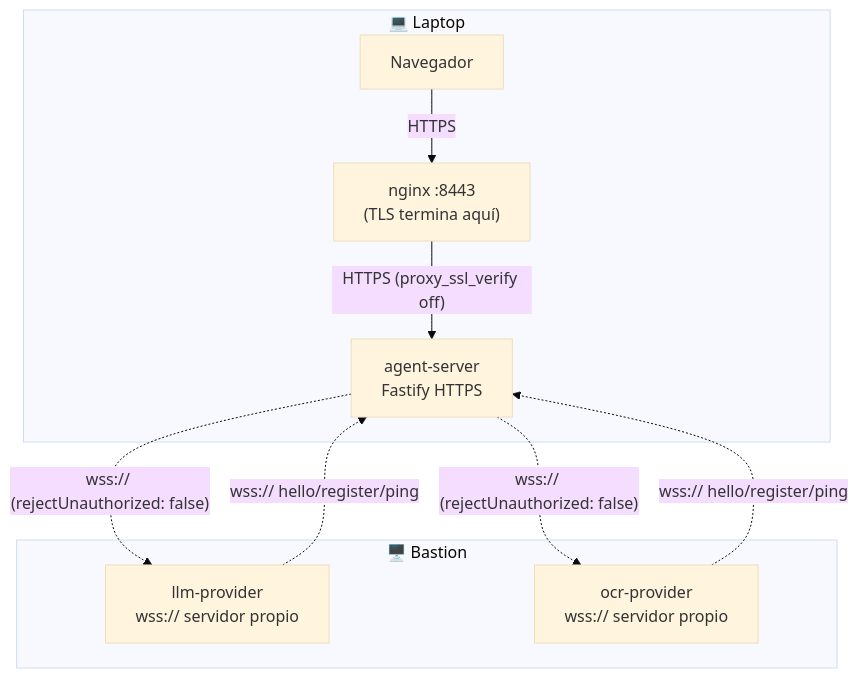
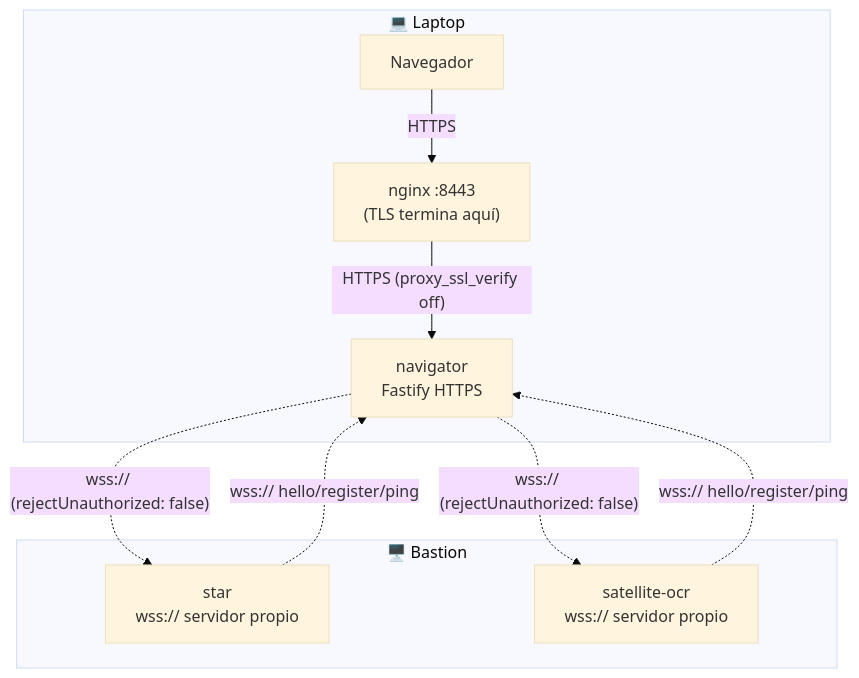
Before and after one commit to rafex/galaxIA: the diagram in docs/tls-autofirmado.md, drawn with Mermaid (base theme). The commit also changed other lines of this file and 126 other files, not shown here.

````diff
--- a/docs/tls-autofirmado.md
+++ b/docs/tls-autofirmado.md
@@ -9,20 +9,20 @@
 ```mermaid
 flowchart TB
     subgraph Laptop["💻 Laptop"]
         Browser["Navegador"]
         Nginx["nginx :8443<br/>(TLS termina aquí)"]
-        Agent["agent-server<br/>Fastify HTTPS"]
+        Agent["navigator<br/>Fastify HTTPS"]
         Browser -->|"HTTPS"| Nginx
         Nginx -->|"HTTPS (proxy_ssl_verify off)"| Agent
     end
 
     subgraph Bastion["🖥️ Bastion"]
-        LlmProvider["llm-provider<br/>wss:// servidor propio"]
-        OcrProvider["ocr-provider<br/>wss:// servidor propio"]
+        LlmProvider["star<br/>wss:// servidor propio"]
+        OcrProvider["satellite-ocr<br/>wss:// servidor propio"]
     end
 
     Agent -.->|"wss:// (rejectUnauthorized: false)"| LlmProvider
     Agent -.->|"wss:// (rejectUnauthorized: false)"| OcrProvider
     LlmProvider -.->|"wss:// hello/register/ping"| Agent
     OcrProvider -.->|"wss:// hello/register/ping"| Agent
 ```
````
